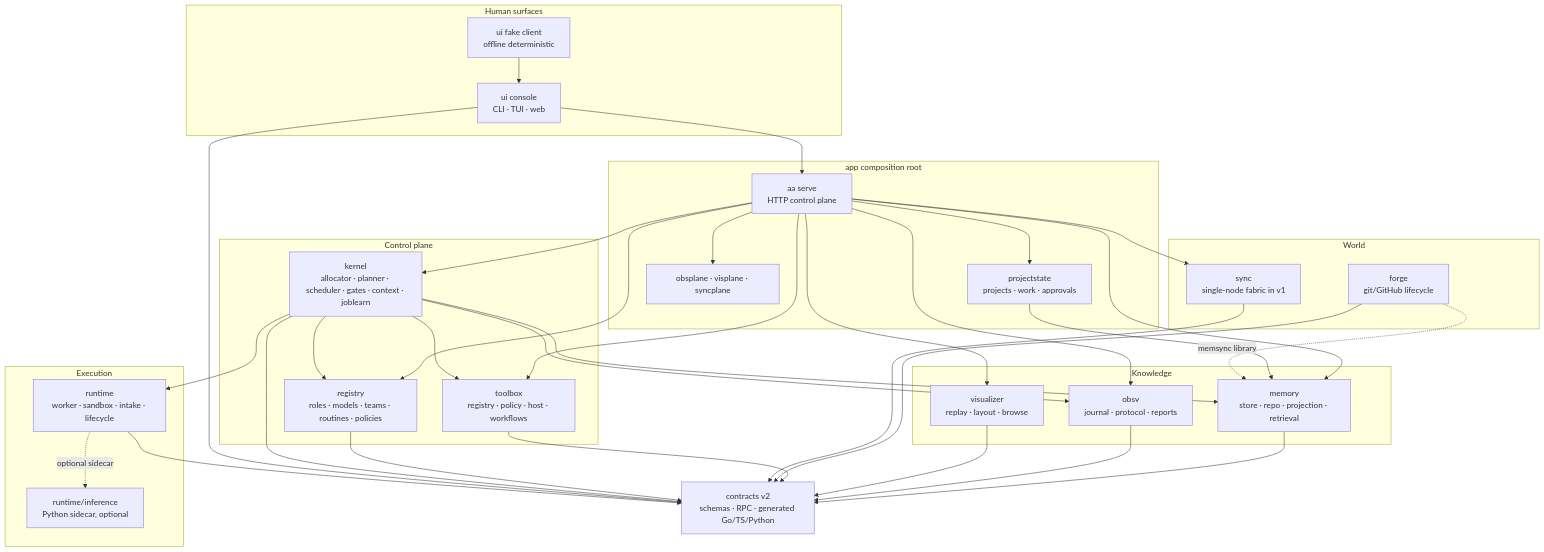
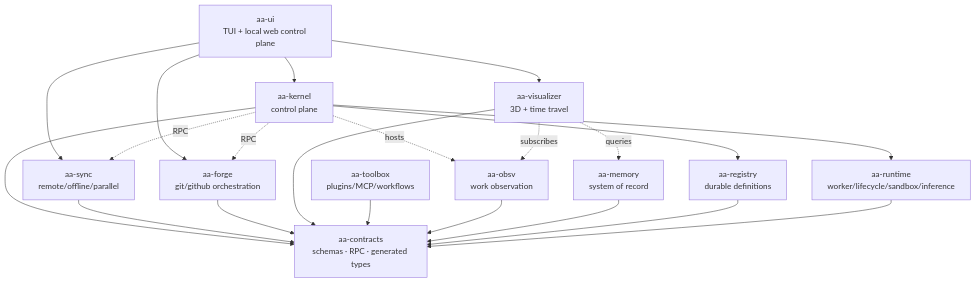
The first of 5 diagrams in docs/architecture/diagrams.md (greadee/aa), drawn with Mermaid before and after one commit. The commit also changed other lines of this file and 9 other files, not shown here.

Commit message:
rollback readme diagrams and remove committed media

````diff
--- a/docs/architecture/diagrams.md
+++ b/docs/architecture/diagrams.md
@@ -14,67 +14,35 @@
 ```mermaid
 flowchart TB
-    subgraph Surface["Human surfaces"]
-        console["ui console<br/>CLI · TUI · web"]
-        fake["ui fake client<br/>offline deterministic"]
-    end
+    ui["aa-ui<br/>TUI + local web control plane"]
+    kernel["aa-kernel<br/>control plane"]
+    sync["aa-sync<br/>remote/offline/parallel"]
+    forge["aa-forge<br/>git/github orchestration"]
+    visualizer["aa-visualizer<br/>3D + time travel"]
+    toolbox["aa-toolbox<br/>plugins/MCP/workflows"]
+    contracts["aa-contracts<br/>schemas · RPC · generated types"]
+    obsv["aa-obsv<br/>work observation"]
+    memory["aa-memory<br/>system of record"]
+    registry["aa-registry<br/>durable definitions"]
+    runtime["aa-runtime<br/>worker/lifecycle/sandbox/inference"]
 
-    subgraph Composition["app composition root"]
-        daemon["aa serve<br/>HTTP control plane"]
-        state["projectstate<br/>projects · work · approvals"]
-        planes["obsplane · visplane · syncplane"]
-    end
-
-    subgraph Control["Control plane"]
-        kernel["kernel<br/>allocator · planner · scheduler · gates · context · joblearn"]
-        registry["registry<br/>roles · models · teams · routines · policies"]
-        toolbox["toolbox<br/>registry · policy · host · workflows"]
-    end
-
-    subgraph Execution["Execution"]
-        runtime["runtime<br/>worker · sandbox · intake · lifecycle"]
-        inference["runtime/inference<br/>Python sidecar, optional"]
-    end
-
-    subgraph Knowledge["Knowledge"]
-        memory["memory<br/>store · repo · projection · retrieval"]
-        obsv["obsv<br/>journal · protocol · reports"]
-        vis["visualizer<br/>replay · layout · browse"]
-    end
-
-    subgraph World["World"]
-        forge["forge<br/>git/GitHub lifecycle"]
-        sync["sync<br/>single-node fabric in v1"]
-    end
-
-    contracts["contracts v2<br/>schemas · RPC · generated Go/TS/Python"]
-
-    console --> daemon
-    fake --> console
-    daemon --> state
-    daemon --> planes
-    daemon --> kernel
-    daemon --> memory
-    daemon --> obsv
-    daemon --> vis
-    daemon --> sync
-    daemon --> toolbox
-    daemon --> registry
+    ui --> kernel
+    ui --> visualizer
+    ui --> forge
+    ui --> sync
+    kernel --> contracts
+    sync --> contracts
+    forge --> contracts
+    visualizer --> contracts
+    toolbox --> contracts
+    obsv --> contracts
+    memory --> contracts
+    registry --> contracts
+    runtime --> contracts
+    kernel -.hosts.-> obsv
+    kernel --> registry
     kernel --> runtime
-    kernel --> registry
-    kernel --> memory
-    kernel --> obsv
-    kernel --> toolbox
-    runtime -.->|optional sidecar| inference
-    runtime --> contracts
-    state --> memory
-    memory --> contracts
-    obsv --> contracts
-    vis --> contracts
-    toolbox --> contracts
-    forge -.->|memsync library| memory
-    forge --> contracts
-    sync --> contracts
-    registry --> contracts
-    kernel --> contracts
-    console --> contracts
+    kernel -.RPC.-> sync
+    kernel -.RPC.-> forge
+    visualizer -.subscribes.-> obsv
+    visualizer -.queries.-> memory
 ```
````
